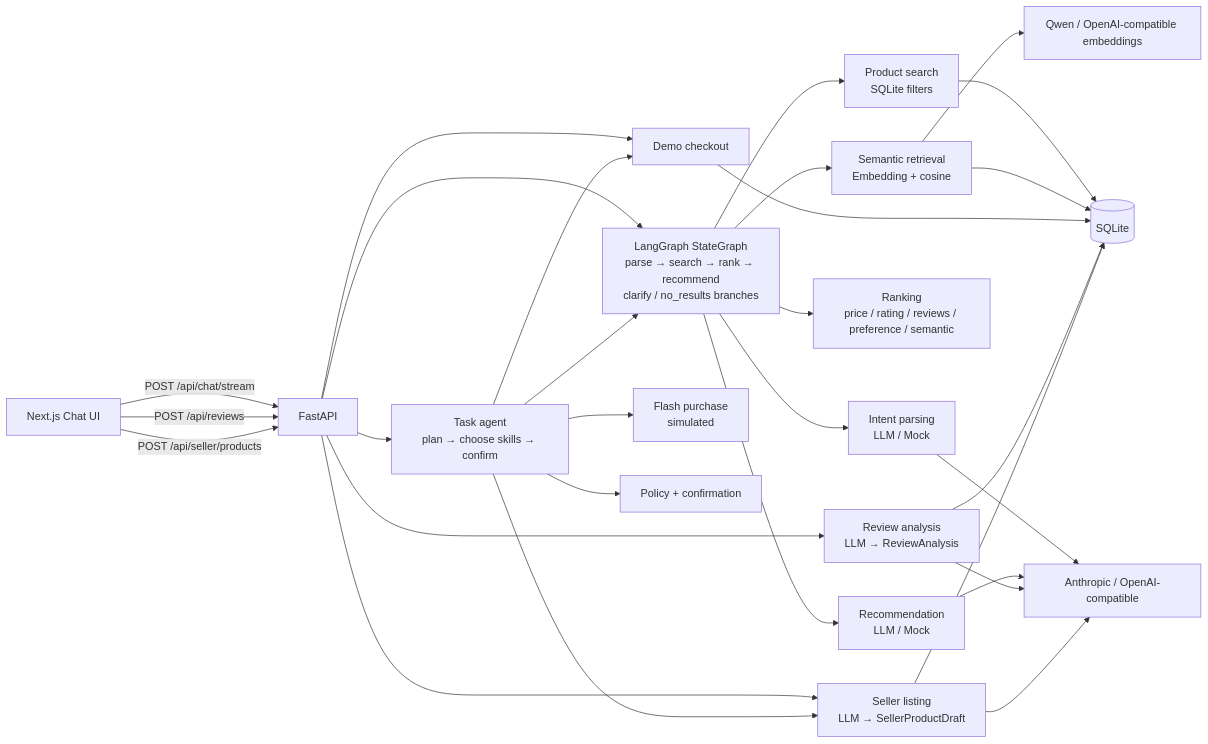
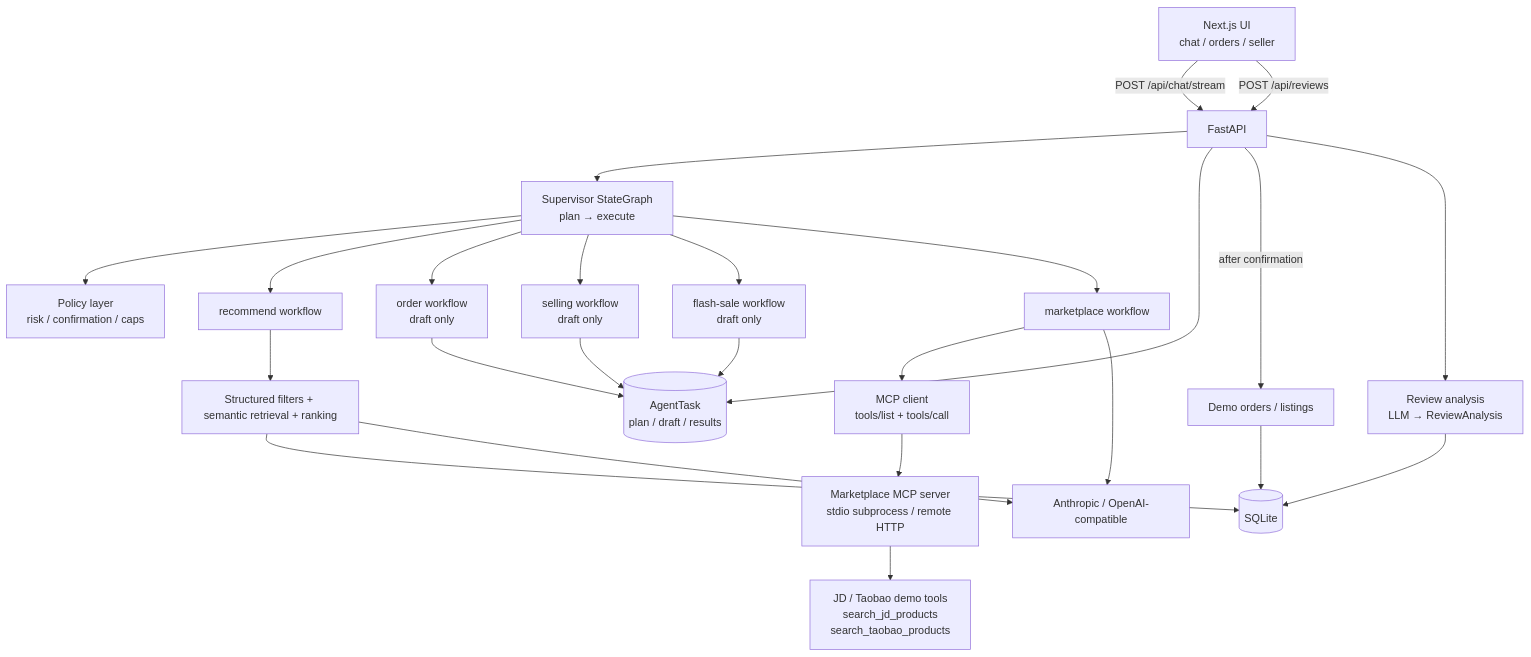
The first of 2 diagrams in README.md (sunsunyi821-hub/shopwise-agent), drawn with Mermaid before and after one commit. The commit also changed other lines of this file and 51 other files, not shown here.

First line of the commit message:
Add MCP marketplace tools and chat-integrated supervisor agent

````diff
--- a/README.md
+++ b/README.md
@@ -78,31 +92,27 @@
 ```mermaid
-flowchart LR
-    U["Next.js Chat UI"] -->|POST /api/chat/stream| A["FastAPI"]
+flowchart TB
+    U["Next.js UI<br/>chat / orders / seller"] -->|POST /api/chat/stream| A["FastAPI"]
+    A --> SUP["Supervisor StateGraph<br/>plan → execute"]
+    SUP --> POL["Policy layer<br/>risk / confirmation / caps"]
+    SUP --> REC["recommend workflow"]
+    SUP --> ORD["order workflow<br/>draft only"]
+    SUP --> SELL["selling workflow<br/>draft only"]
+    SUP --> FS["flash-sale workflow<br/>draft only"]
+    SUP --> MKT["marketplace workflow"]
+    MKT --> MCPC["MCP client<br/>tools/list + tools/call"]
+    MCPC --> MCPS["Marketplace MCP server<br/>stdio subprocess / remote HTTP"]
+    MCPS --> EXT["JD / Taobao demo tools<br/>search_jd_products<br/>search_taobao_products"]
+    A --> TASK[(AgentTask<br/>plan / draft / results)]
+    ORD --> TASK
+    SELL --> TASK
+    FS --> TASK
+    A -->|after confirmation| O["Demo orders / listings"]
     U -->|POST /api/reviews| A
-    U -->|POST /api/seller/products| A
-    A --> G["LangGraph StateGraph<br/>parse → search → rank → recommend<br/>clarify / no_results branches"]
-    G --> P["Intent parsing<br/>LLM / Mock"]
-    G --> S["Product search<br/>SQLite filters"]
-    G --> E["Semantic retrieval<br/>Embedding + cosine"]
-    G --> K["Ranking<br/>price / rating / reviews / preference / semantic"]
-    G --> W["Recommendation<br/>LLM / Mock"]
     A --> RV["Review analysis<br/>LLM → ReviewAnalysis"]
-    A --> SL["Seller listing<br/>LLM → SellerProductDraft"]
-    A --> O["Demo checkout"]
-    A --> SV["Task agent<br/>plan → choose skills → confirm"]
-    SV --> G
-    SV --> SL
-    SV --> O
-    SV --> FS["Flash purchase<br/>simulated"]
-    SV --> PG["Policy + confirmation"]
+    REC --> S["Structured filters + semantic retrieval + ranking"]
     S --> DB[(SQLite)]
-    E --> DB
     O --> DB
     RV --> DB
-    SL --> DB
-    P --> LLM["Anthropic / OpenAI-compatible"]
-    E --> EMB["Qwen / OpenAI-compatible embeddings"]
-    W --> LLM
-    RV --> LLM
-    SL --> LLM
+    S --> LLM["Anthropic / OpenAI-compatible"]
+    MKT --> LLM
 ```
````
